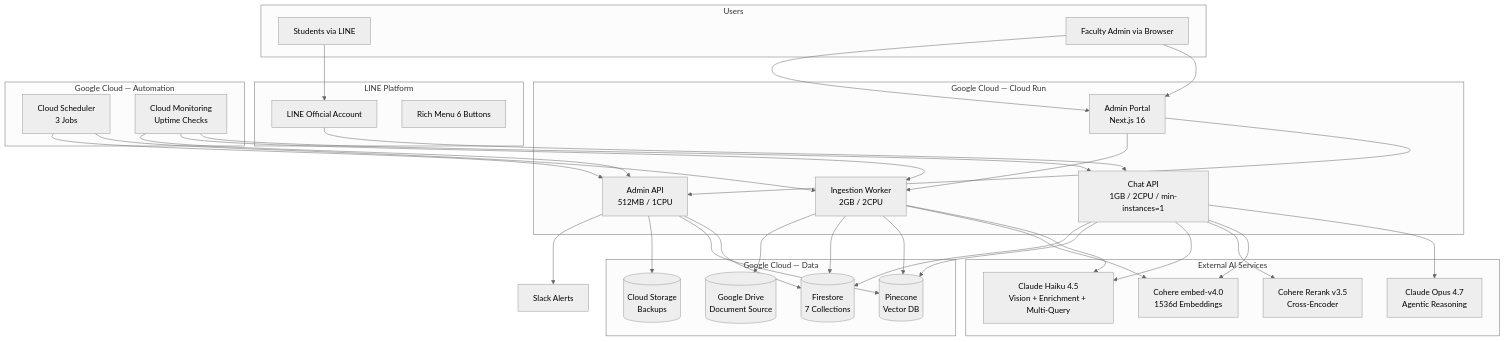
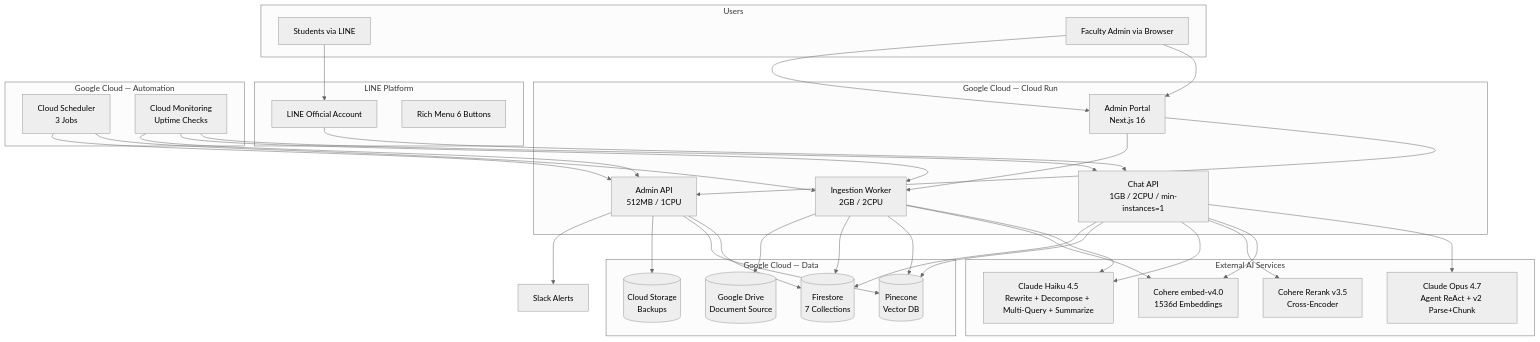
The first of 10 diagrams in docs/architecture.md (Kurkool/cutip-rag-chatbot), drawn with Mermaid (neutral theme) before and after one commit. The commit also changed other lines of this file and 4 other files, not shown here.

````diff
--- a/docs/architecture.md
+++ b/docs/architecture.md
@@ -9,68 +12,68 @@
 ```mermaid
 graph TB
     subgraph Users
         S[Students via LINE]
         A[Faculty Admin via Browser]
     end
 
     subgraph "LINE Platform"
         LINE[LINE Official Account]
         RM[Rich Menu 6 Buttons]
     end
 
     subgraph "Google Cloud — Cloud Run"
         CHAT[Chat API<br/>1GB / 2CPU / min-instances=1]
         INGEST[Ingestion Worker<br/>2GB / 2CPU]
         ADMIN[Admin API<br/>512MB / 1CPU]
         PORTAL[Admin Portal<br/>Next.js 16]
     end
 
     subgraph "External AI Services"
-        OPUS[Claude Opus 4.7<br/>Agentic Reasoning]
-        HAIKU[Claude Haiku 4.5<br/>Vision + Enrichment + Multi-Query]
+        OPUS[Claude Opus 4.7<br/>Agent ReAct + v2 Parse+Chunk]
+        HAIKU[Claude Haiku 4.5<br/>Rewrite + Decompose + Multi-Query + Summarize]
         COHERE_E[Cohere embed-v4.0<br/>1536d Embeddings]
         COHERE_R[Cohere Rerank v3.5<br/>Cross-Encoder]
     end
 
     subgraph "Google Cloud — Data"
         FS[(Firestore<br/>7 Collections)]
         PC[(Pinecone<br/>Vector DB)]
         GCS[(Cloud Storage<br/>Backups)]
         DRIVE[(Google Drive<br/>Document Source)]
     end
 
     subgraph "Google Cloud — Automation"
         SCHED[Cloud Scheduler<br/>3 Jobs]
         MONITOR[Cloud Monitoring<br/>Uptime Checks]
     end
 
     SLACK[Slack Alerts]
 
     S --> LINE --> CHAT
     A --> PORTAL --> ADMIN
     A --> PORTAL --> INGEST
 
     CHAT --> OPUS
     CHAT --> COHERE_E
     CHAT --> COHERE_R
     CHAT --> HAIKU
     CHAT --> PC
     CHAT --> FS
 
     INGEST --> HAIKU
     INGEST --> COHERE_E
     INGEST --> PC
     INGEST --> FS
     INGEST --> DRIVE
 
     ADMIN --> FS
     ADMIN --> PC
     ADMIN --> GCS
 
     SCHED --> INGEST
     SCHED --> ADMIN
     MONITOR --> CHAT
     MONITOR --> INGEST
     MONITOR --> ADMIN
     ADMIN --> SLACK
 ```
````
